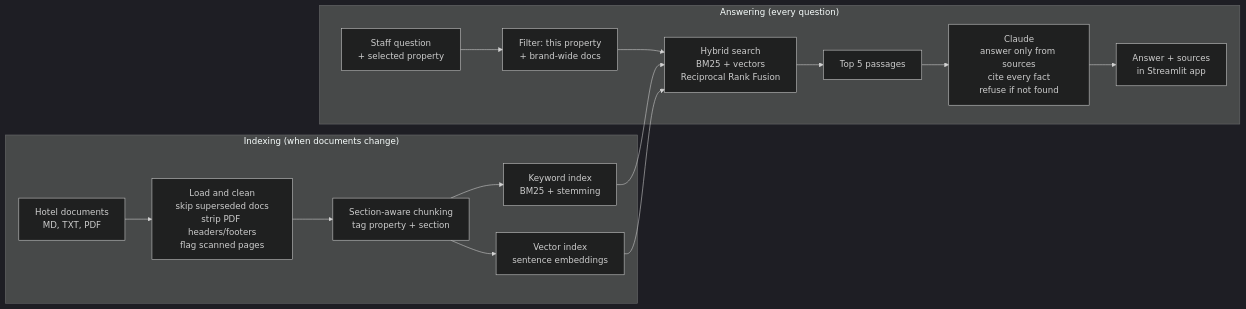
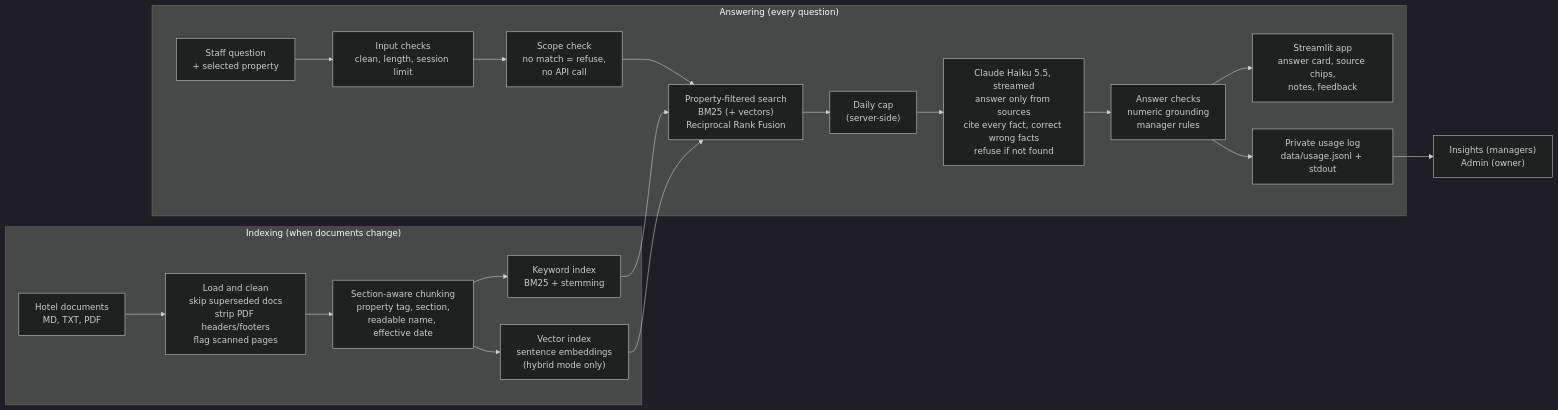
The first of 2 diagrams in docs/ARCHITECTURE.md (vamsialladev/hotel-ops-assistant), drawn with Mermaid (dark theme) before and after one commit. The commit also changed other lines of this file and 8 other files, not shown here.

Commit message:
docs: README, architecture, decisions 20-33, business case, security and demo script for 1.3.0

````diff
--- a/docs/ARCHITECTURE.md
+++ b/docs/ARCHITECTURE.md
@@ -4,18 +4,22 @@
 ```mermaid
 flowchart LR
     subgraph Offline["Indexing (when documents change)"]
         A["Hotel documents<br/>MD, TXT, PDF"] --> B["Load and clean<br/>skip superseded docs<br/>strip PDF headers/footers<br/>flag scanned pages"]
-        B --> C["Section-aware chunking<br/>tag property + section"]
+        B --> C["Section-aware chunking<br/>property tag, section,<br/>readable name, effective date"]
         C --> D["Keyword index<br/>BM25 + stemming"]
-        C --> E["Vector index<br/>sentence embeddings"]
+        C --> E["Vector index<br/>sentence embeddings<br/>(hybrid mode only)"]
     end
     subgraph Online["Answering (every question)"]
-        F["Staff question<br/>+ selected property"] --> G["Filter: this property<br/>+ brand-wide docs"]
-        G --> H["Hybrid search<br/>BM25 + vectors<br/>Reciprocal Rank Fusion"]
+        F["Staff question<br/>+ selected property"] --> G["Input checks<br/>clean, length, session limit"]
+        G --> S["Scope check<br/>no match = refuse,<br/>no API call"]
+        S --> H["Property-filtered search<br/>BM25 (+ vectors)<br/>Reciprocal Rank Fusion"]
         D --> H
         E --> H
-        H --> I["Top 5 passages"]
-        I --> J["Claude<br/>answer only from sources<br/>cite every fact<br/>refuse if not found"]
-        J --> K["Answer + sources<br/>in Streamlit app"]
+        H --> CAP["Daily cap<br/>(server-side)"]
+        CAP --> J["Claude Haiku 5.5, streamed<br/>answer only from sources<br/>cite every fact, correct wrong facts<br/>refuse if not found"]
+        J --> K["Answer checks<br/>numeric grounding<br/>manager rules"]
+        K --> L["Streamlit app<br/>answer card, source chips,<br/>notes, feedback"]
+        K --> M["Private usage log<br/>data/usage.jsonl + stdout"]
     end
+    M --> N["Insights (managers)<br/>Admin (owner)"]
 ```
````
